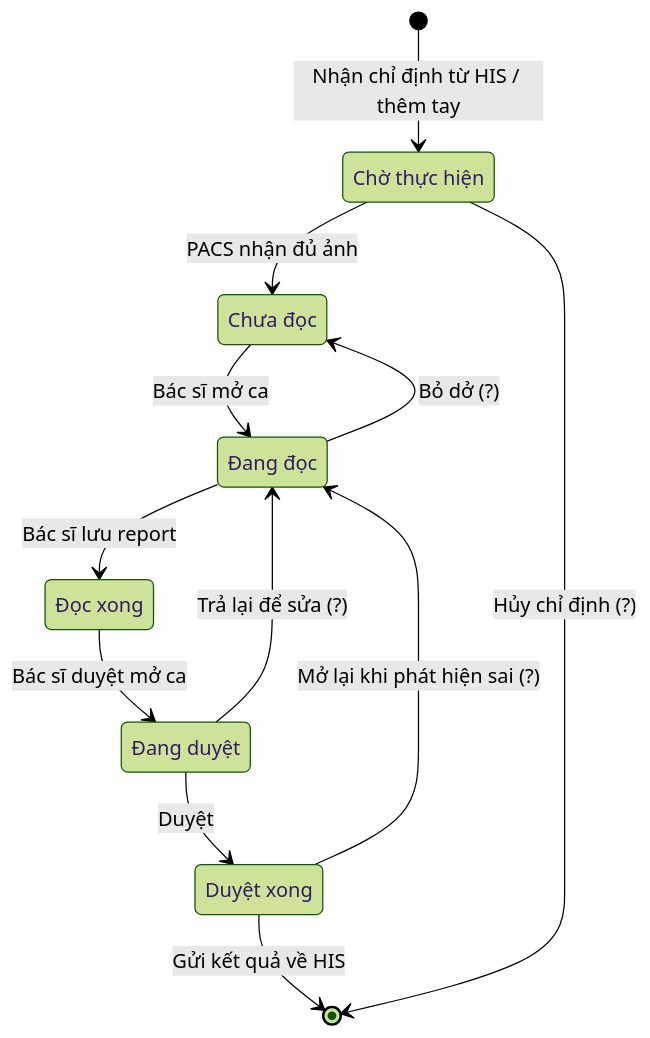
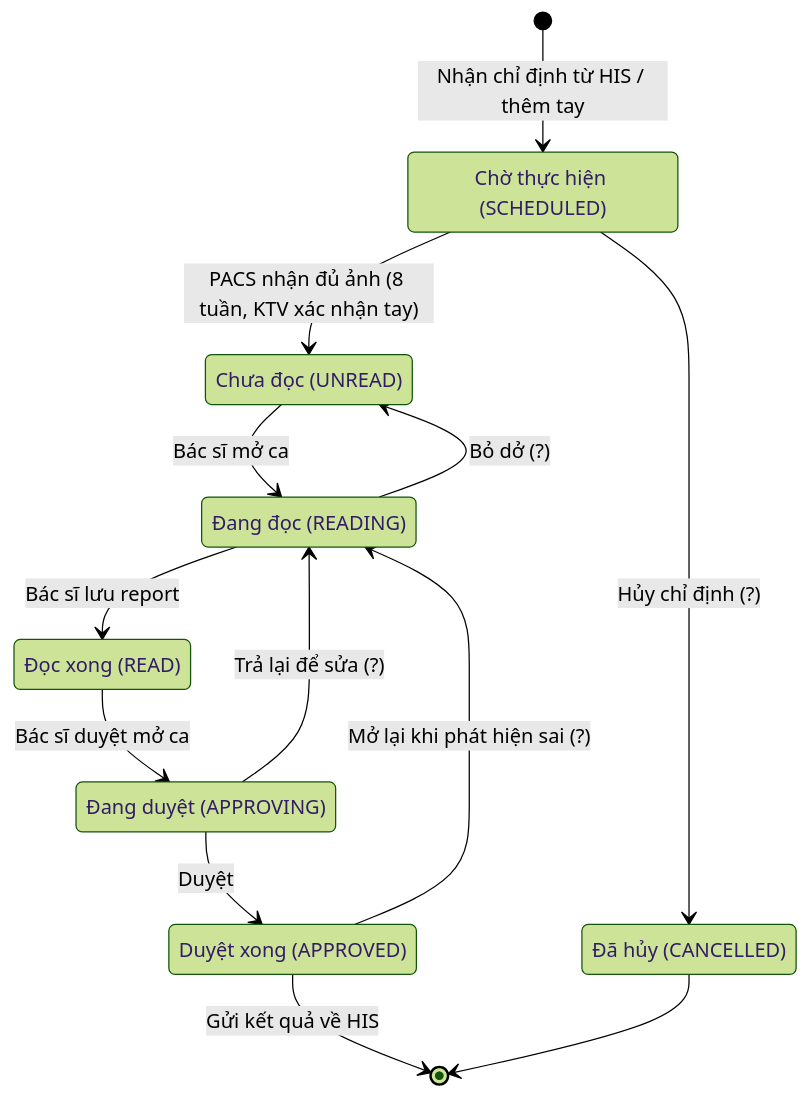
The diagram in doc/diagrams/05-state-machine.mmd (dennynguyen0905/web-MRI), drawn with Mermaid (forest theme) before and after one commit. The commit also changed 1 other file, not shown here.

```diff
--- a/doc/diagrams/05-state-machine.mmd
+++ b/doc/diagrams/05-state-machine.mmd
@@ -1,20 +1,22 @@
 stateDiagram-v2
-    state "Chờ thực hiện" as CHO
-    state "Chưa đọc" as CHUA_DOC
-    state "Đang đọc" as DANG_DOC
-    state "Đọc xong" as DOC_XONG
-    state "Đang duyệt" as DANG_DUYET
-    state "Duyệt xong" as DUYET_XONG
+    state "Chờ thực hiện (SCHEDULED)" as SCHEDULED
+    state "Chưa đọc (UNREAD)" as UNREAD
+    state "Đang đọc (READING)" as READING
+    state "Đọc xong (READ)" as READ
+    state "Đang duyệt (APPROVING)" as APPROVING
+    state "Duyệt xong (APPROVED)" as APPROVED
+    state "Đã hủy (CANCELLED)" as CANCELLED
 
-    [*] --> CHO: Nhận chỉ định từ HIS / thêm tay
-    CHO --> CHUA_DOC: PACS nhận đủ ảnh
-    CHUA_DOC --> DANG_DOC: Bác sĩ mở ca
-    DANG_DOC --> DOC_XONG: Bác sĩ lưu report
-    DOC_XONG --> DANG_DUYET: Bác sĩ duyệt mở ca
-    DANG_DUYET --> DUYET_XONG: Duyệt
-    DUYET_XONG --> [*]: Gửi kết quả về HIS
+    [*] --> SCHEDULED: Nhận chỉ định từ HIS / thêm tay
+    SCHEDULED --> UNREAD: PACS nhận đủ ảnh (8 tuần, KTV xác nhận tay)
+    UNREAD --> READING: Bác sĩ mở ca
+    READING --> READ: Bác sĩ lưu report
+    READ --> APPROVING: Bác sĩ duyệt mở ca
+    APPROVING --> APPROVED: Duyệt
+    APPROVED --> [*]: Gửi kết quả về HIS
 
-    DANG_DOC --> CHUA_DOC: Bỏ dở (?)
-    DANG_DUYET --> DANG_DOC: Trả lại để sửa (?)
-    DUYET_XONG --> DANG_DOC: Mở lại khi phát hiện sai (?)
-    CHO --> [*]: Hủy chỉ định (?)
+    READING --> UNREAD: Bỏ dở (?)
+    APPROVING --> READING: Trả lại để sửa (?)
+    APPROVED --> READING: Mở lại khi phát hiện sai (?)
+    SCHEDULED --> CANCELLED: Hủy chỉ định (?)
+    CANCELLED --> [*]
```
